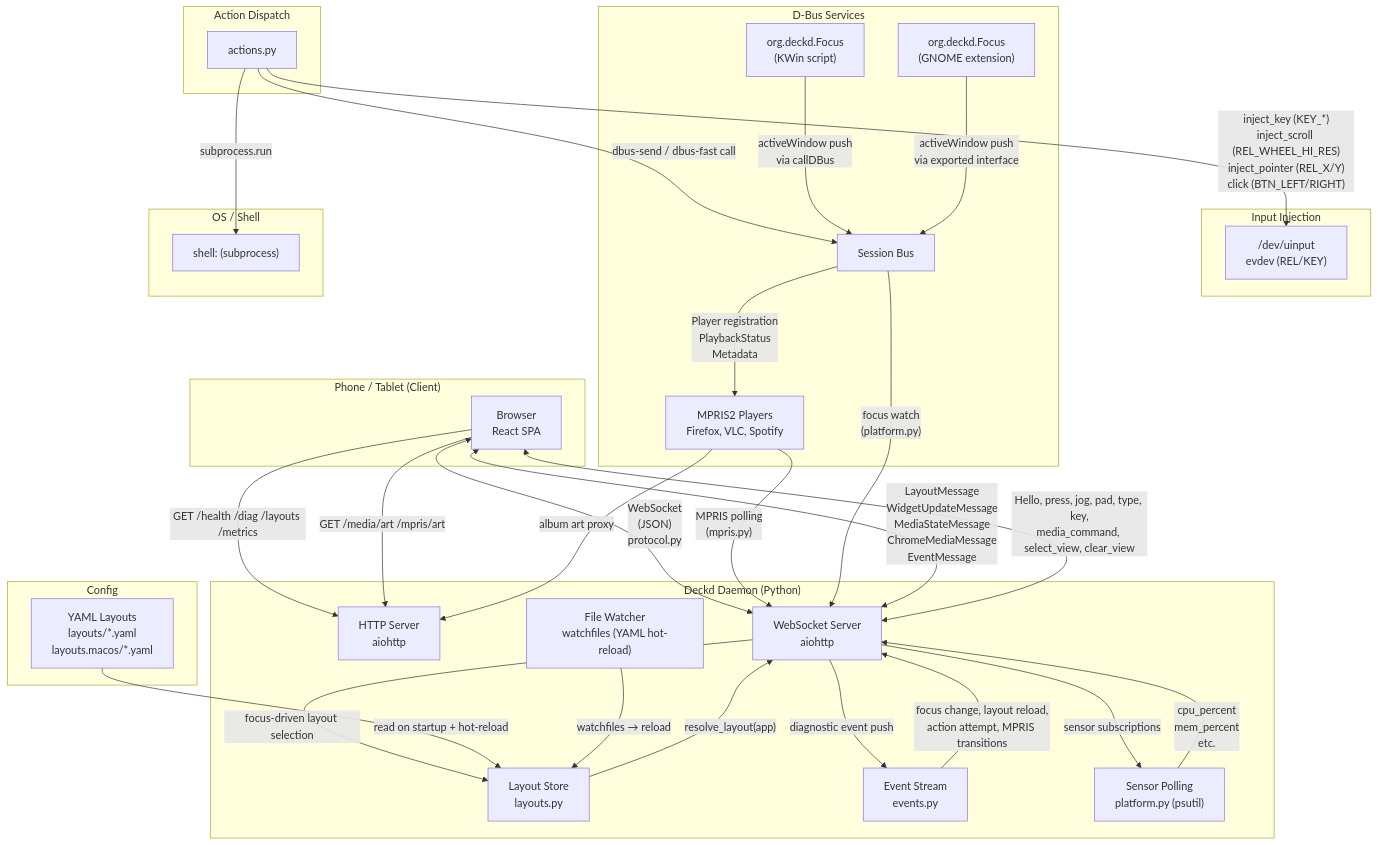
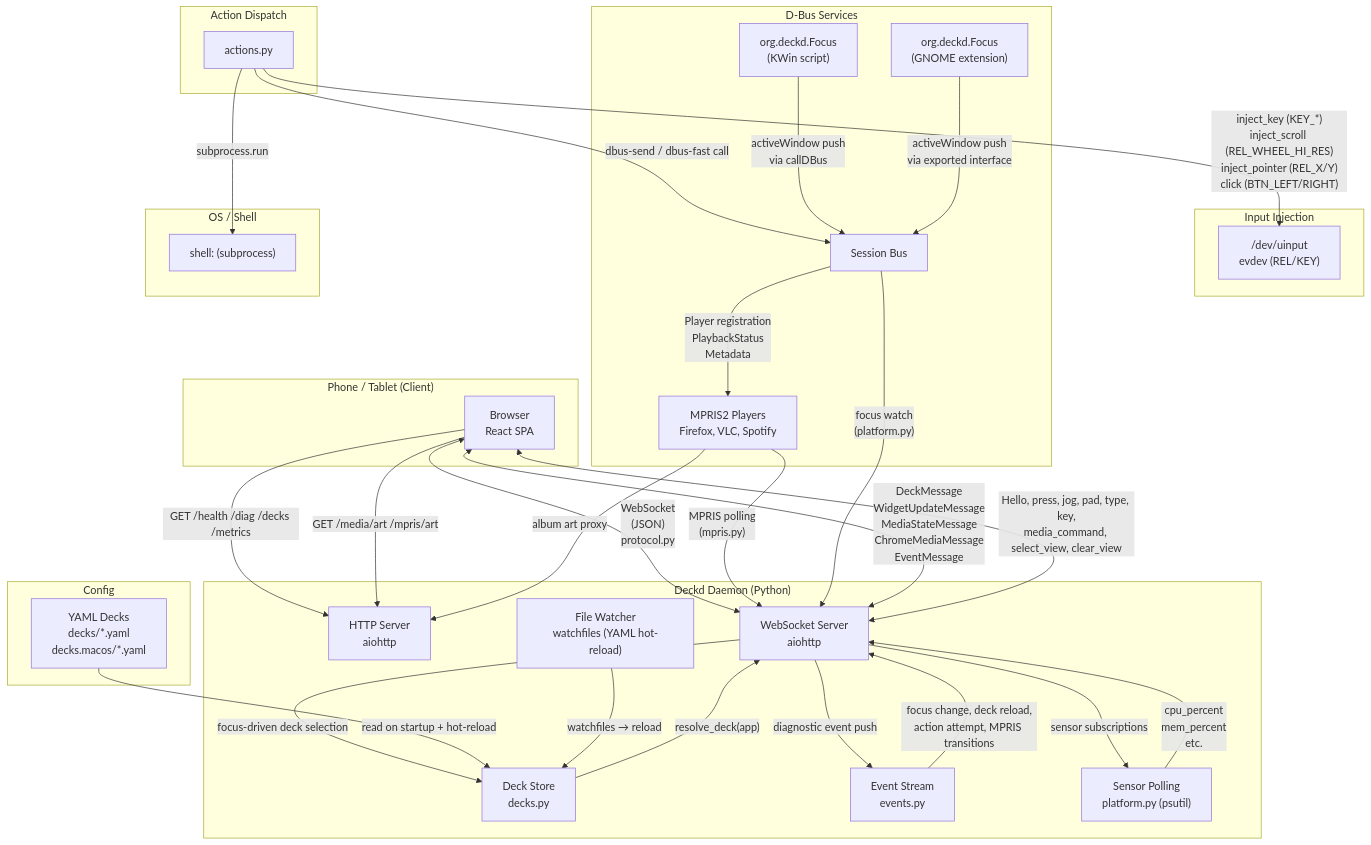
The diagram in docs/ARCHITECTURE.md (jonocodes/deckd), drawn with Mermaid before and after one commit. The commit also changed other lines of this file and 151 other files, not shown here.

First line of the commit message:
refactor!: rename domain concept layout -> deck

````diff
--- a/docs/ARCHITECTURE.md
+++ b/docs/ARCHITECTURE.md
@@ -14,70 +14,70 @@
 ```mermaid
 graph TB
     subgraph "Phone / Tablet (Client)"
         BROWSER["Browser<br/>React SPA"]
     end
 
     subgraph "Deckd Daemon (Python)"
         HTTP["HTTP Server<br/>aiohttp"]
         WS["WebSocket Server<br/>aiohttp"]
-        LAYOUTS["Layout Store<br/>layouts.py"]
+        DECKS["Deck Store<br/>decks.py"]
         WATCHER["File Watcher<br/>watchfiles (YAML hot-reload)"]
         EVENTS["Event Stream<br/>events.py"]
         SENSORS["Sensor Polling<br/>platform.py (psutil)"]
     end
 
     subgraph "Action Dispatch"
         ACTIONS["actions.py"]
     end
 
     subgraph "Input Injection"
         UINPUT["/dev/uinput<br/>evdev (REL/KEY)"]
     end
 
     subgraph "D-Bus Services"
         DBUS_SESSION["Session Bus"]
         MPRIS["MPRIS2 Players<br/>Firefox, VLC, Spotify"]
         KDE_FOCUS["org.deckd.Focus<br/>(KWin script)"]
         GNOME_FOCUS["org.deckd.Focus<br/>(GNOME extension)"]
     end
 
     subgraph "OS / Shell"
         SHELL["shell: (subprocess)"]
     end
 
     subgraph "Config"
-        YAML["YAML Layouts<br/>layouts/*.yaml<br/>layouts.macos/*.yaml"]
+        YAML["YAML Decks<br/>decks/*.yaml<br/>decks.macos/*.yaml"]
     end
 
     BROWSER <-->|"WebSocket<br/>(JSON)<br/>protocol.py"| WS
-    BROWSER -->|"GET /health /diag /layouts /metrics"| HTTP
+    BROWSER -->|"GET /health /diag /decks /metrics"| HTTP
     BROWSER -->|"GET /media/art /mpris/art"| HTTP
 
-    WS <-->|"LayoutMessage<br/>WidgetUpdateMessage<br/>MediaStateMessage<br/>ChromeMediaMessage<br/>EventMessage"| BROWSER
+    WS <-->|"DeckMessage<br/>WidgetUpdateMessage<br/>MediaStateMessage<br/>ChromeMediaMessage<br/>EventMessage"| BROWSER
     WS <-->|"Hello, press, jog, pad, type, key,<br/>media_command, select_view, clear_view"| BROWSER
 
-    WS -->|"focus-driven layout selection"| LAYOUTS
+    WS -->|"focus-driven deck selection"| DECKS
     WS -->|"sensor subscriptions"| SENSORS
     WS -->|"diagnostic event push"| EVENTS
 
-    YAML -->|"read on startup + hot-reload"| LAYOUTS
-    WATCHER -->|"watchfiles → reload"| LAYOUTS
+    YAML -->|"read on startup + hot-reload"| DECKS
+    WATCHER -->|"watchfiles → reload"| DECKS
 
     ACTIONS -->|"inject_key (KEY_*)<br/>inject_scroll (REL_WHEEL_HI_RES)<br/>inject_pointer (REL_X/Y)<br/>click (BTN_LEFT/RIGHT)"| UINPUT
 
     ACTIONS -->|"subprocess.run"| SHELL
     ACTIONS -->|"dbus-send / dbus-fast call"| DBUS_SESSION
 
-    LAYOUTS -->|"resolve_layout(app)"| WS
+    DECKS -->|"resolve_deck(app)"| WS
 
     DBUS_SESSION -->|"Player registration<br/>PlaybackStatus<br/>Metadata"| MPRIS
     MPRIS -->|"MPRIS polling<br/>(mpris.py)"| WS
     MPRIS -->|"album art proxy"| HTTP
 
     KDE_FOCUS -->|"activeWindow push<br/>via callDBus"| DBUS_SESSION
     GNOME_FOCUS -->|"activeWindow push<br/>via exported interface"| DBUS_SESSION
     DBUS_SESSION -->|"focus watch<br/>(platform.py)"| WS
 
     SENSORS -->|"cpu_percent<br/>mem_percent<br/>etc."| WS
-    EVENTS -->|"focus change, layout reload,<br/>action attempt, MPRIS transitions"| WS
+    EVENTS -->|"focus change, deck reload,<br/>action attempt, MPRIS transitions"| WS
 ```
````
